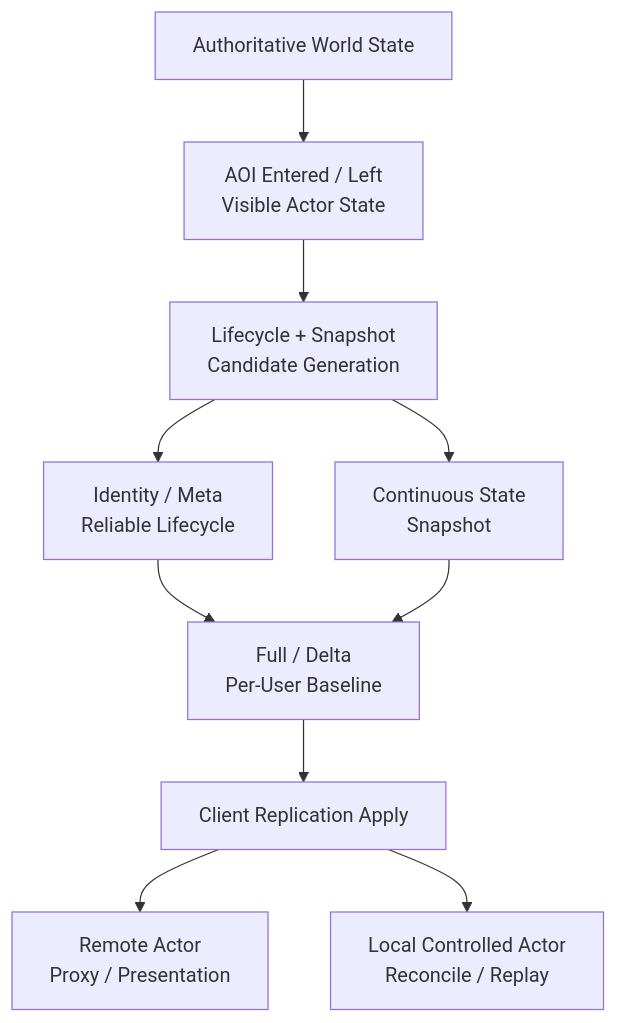
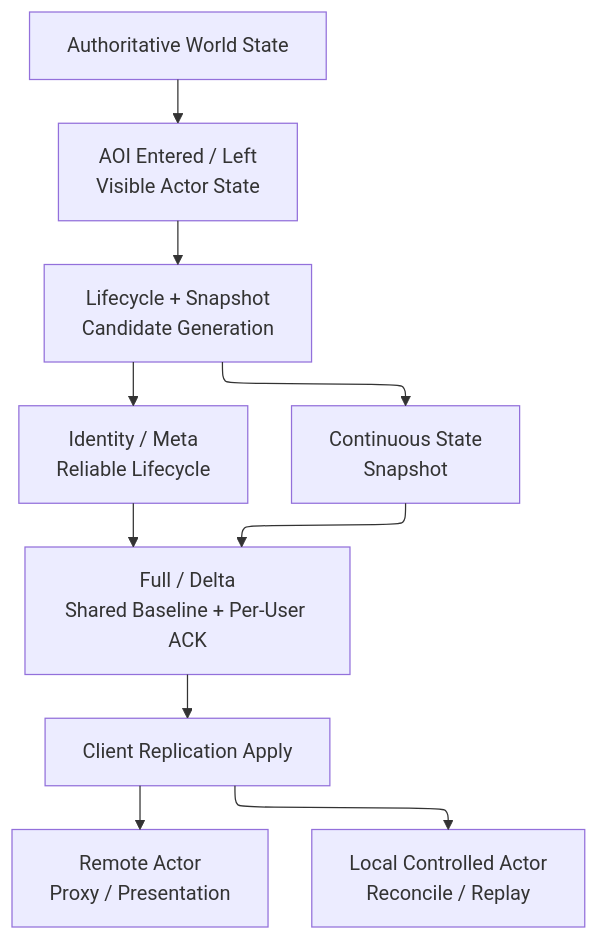
One commit to akxotjr/akxotjr.github.io changed the diagram in content/Projects/Jam/State Synchronization/index.md. Above: the diagram before and after it, drawn with Mermaid. The commit also changed other lines of this file and 34 other files, not shown here.

````diff
--- a/content/Projects/Jam/State Synchronization/index.md
+++ b/content/Projects/Jam/State Synchronization/index.md
@@ -25,32 +25,39 @@
 ```mermaid
+---
+config:
+  flowchart:
+    defaultRenderer: elk
+---
+
+
 flowchart TD
 
     World["Authoritative World State"]
 
     Visibility["AOI Entered / Left<br/>Visible Actor State"]
 
     Generation["Lifecycle + Snapshot<br/>Candidate Generation"]
 
     Lifecycle["Identity / Meta<br/>Reliable Lifecycle"]
     Snapshot["Continuous State<br/>Snapshot"]
 
-    Baseline["Full / Delta<br/>Per-User Baseline"]
+    Baseline["Full / Delta<br/>Shared Baseline + Per-User ACK"]
 
     Apply["Client Replication Apply"]
 
     Remote["Remote Actor<br/>Proxy / Presentation"]
     Local["Local Controlled Actor<br/>Reconcile / Replay"]
 
     World --> Visibility --> Generation
 
     Generation --> Lifecycle
     Generation --> Snapshot
 
     Lifecycle --> Baseline
     Snapshot --> Baseline
 
     Baseline --> Apply
 
     Apply --> Remote
     Apply --> Local
 ```
````
